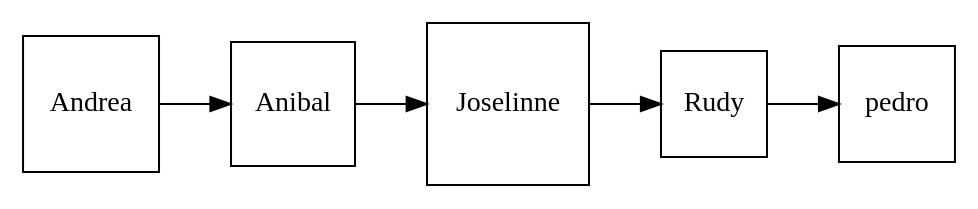
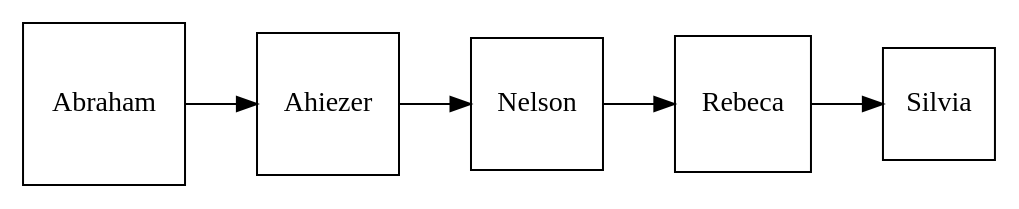
Before and after one commit to AhiezerRamirez/EDD_1S2020_PY1_201709062: the diagram in inorder.dot, drawn with Graphviz. The commit also changed 34 other files, not shown here.

```diff
--- a/inorder.dot
+++ b/inorder.dot
@@ -1,5 +1,5 @@
 digraph G {
  node [shape = square]; 
  graph [rankdir=LR];
-Andrea -> Anibal -> Joselinne -> Rudy -> pedro 
+Abraham -> Ahiezer -> Nelson -> Rebeca -> Silvia 
  }
```
